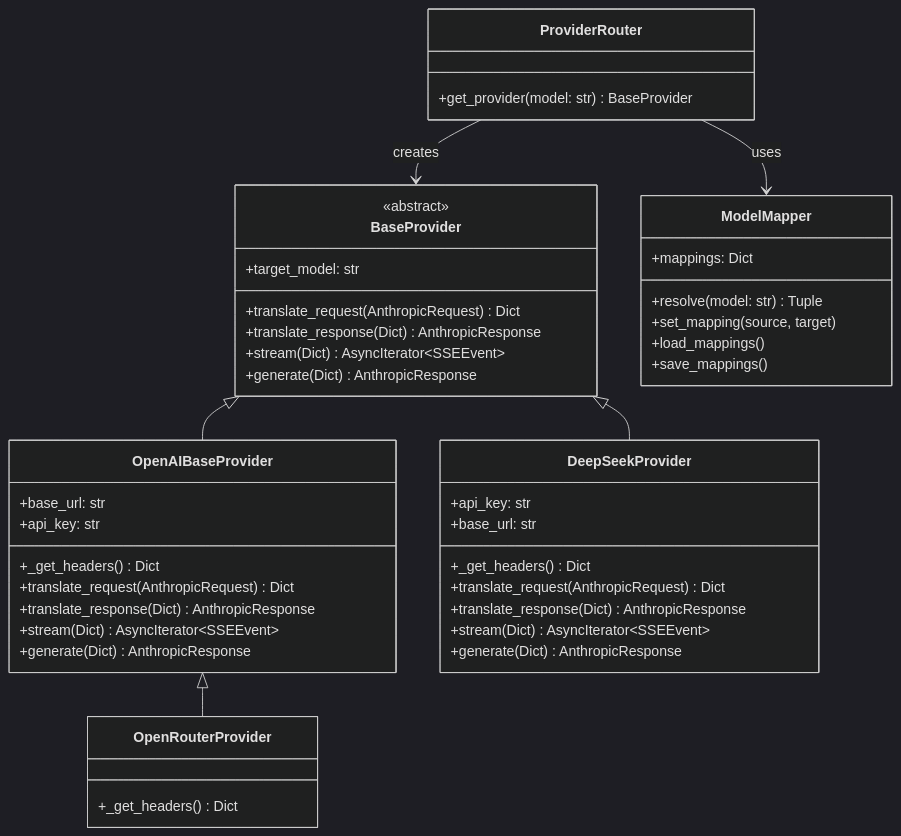
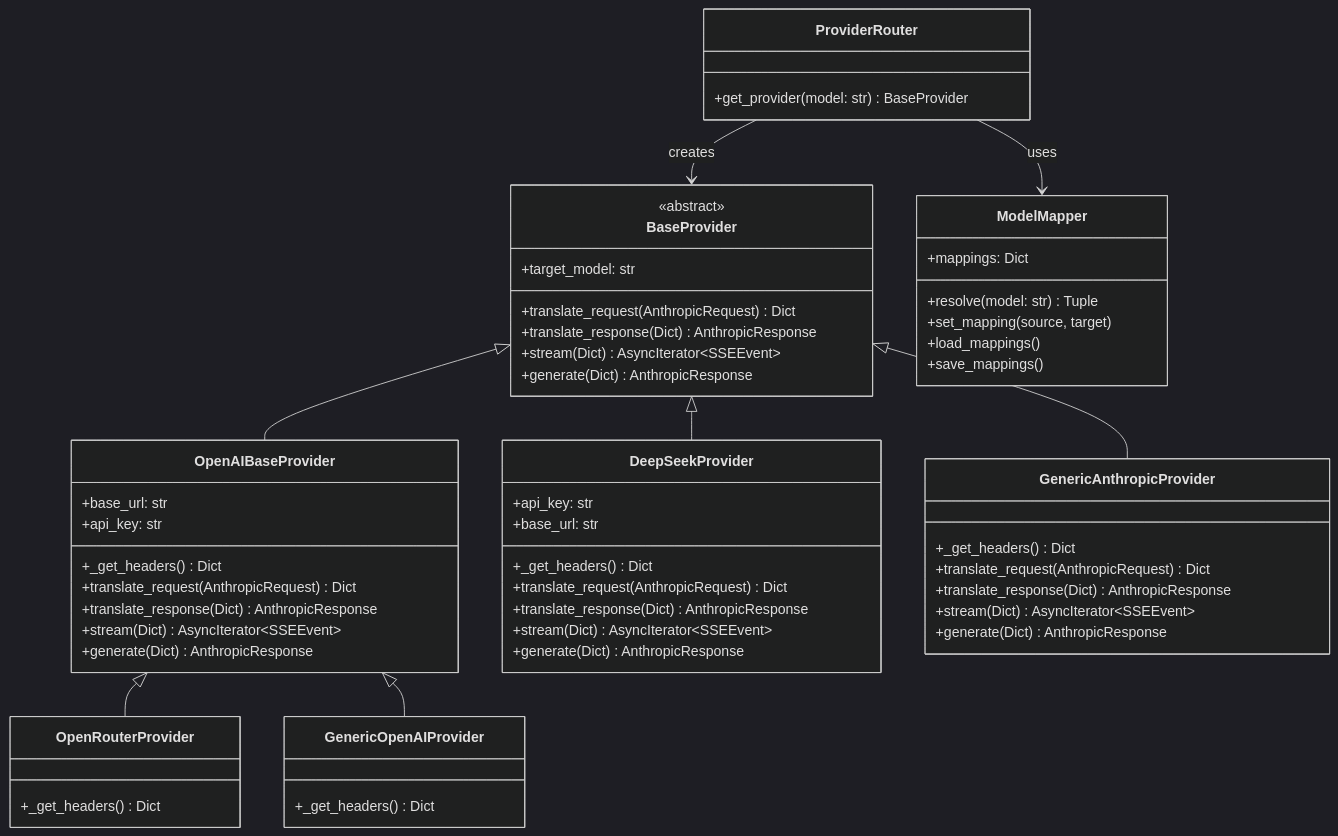
One commit to momadhuynh04/freeClaude changed the second of 3 diagrams in README.md. Above: the diagram before and after it, drawn with Mermaid (dark theme). The commit also changed other lines of this file and 32 other files, not shown here.

````diff
--- a/README.md
+++ b/README.md
@@ -321,53 +420,67 @@
 ```mermaid
 classDiagram
     class BaseProvider {
         <<abstract>>
         +target_model: str
         +translate_request(AnthropicRequest) Dict
         +translate_response(Dict) AnthropicResponse
         +stream(Dict) AsyncIterator~SSEEvent~
         +generate(Dict) AnthropicResponse
     }
 
     class OpenAIBaseProvider {
         +base_url: str
         +api_key: str
         +_get_headers() Dict
         +translate_request(AnthropicRequest) Dict
         +translate_response(Dict) AnthropicResponse
         +stream(Dict) AsyncIterator~SSEEvent~
         +generate(Dict) AnthropicResponse
     }
 
     class OpenRouterProvider {
         +_get_headers() Dict
     }
 
     class DeepSeekProvider {
         +api_key: str
         +base_url: str
         +_get_headers() Dict
         +translate_request(AnthropicRequest) Dict
         +translate_response(Dict) AnthropicResponse
         +stream(Dict) AsyncIterator~SSEEvent~
         +generate(Dict) AnthropicResponse
     }
 
+    class GenericOpenAIProvider {
+        +_get_headers() Dict
+    }
+
+    class GenericAnthropicProvider {
+        +_get_headers() Dict
+        +translate_request(AnthropicRequest) Dict
+        +translate_response(Dict) AnthropicResponse
+        +stream(Dict) AsyncIterator~SSEEvent~
+        +generate(Dict) AnthropicResponse
+    }
+
     class ProviderRouter {
         +get_provider(model: str) BaseProvider
     }
 
     class ModelMapper {
         +mappings: Dict
         +resolve(model: str) Tuple
         +set_mapping(source, target)
         +load_mappings()
         +save_mappings()
     }
 
     BaseProvider <|-- OpenAIBaseProvider
     BaseProvider <|-- DeepSeekProvider
+    BaseProvider <|-- GenericAnthropicProvider
     OpenAIBaseProvider <|-- OpenRouterProvider
+    OpenAIBaseProvider <|-- GenericOpenAIProvider
     ProviderRouter --> BaseProvider : creates
     ProviderRouter --> ModelMapper : uses
 ```
````
